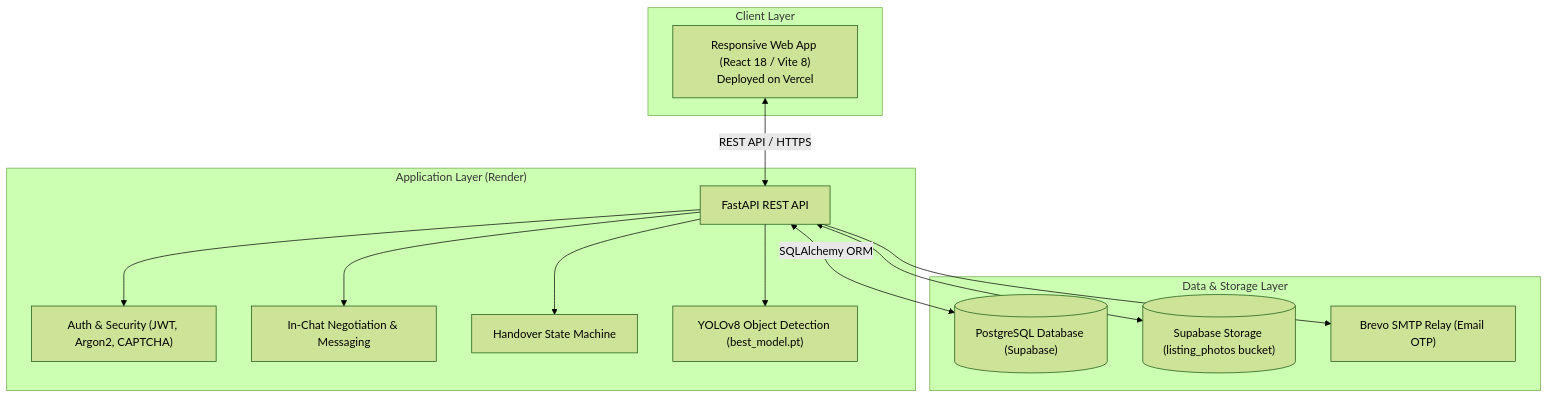
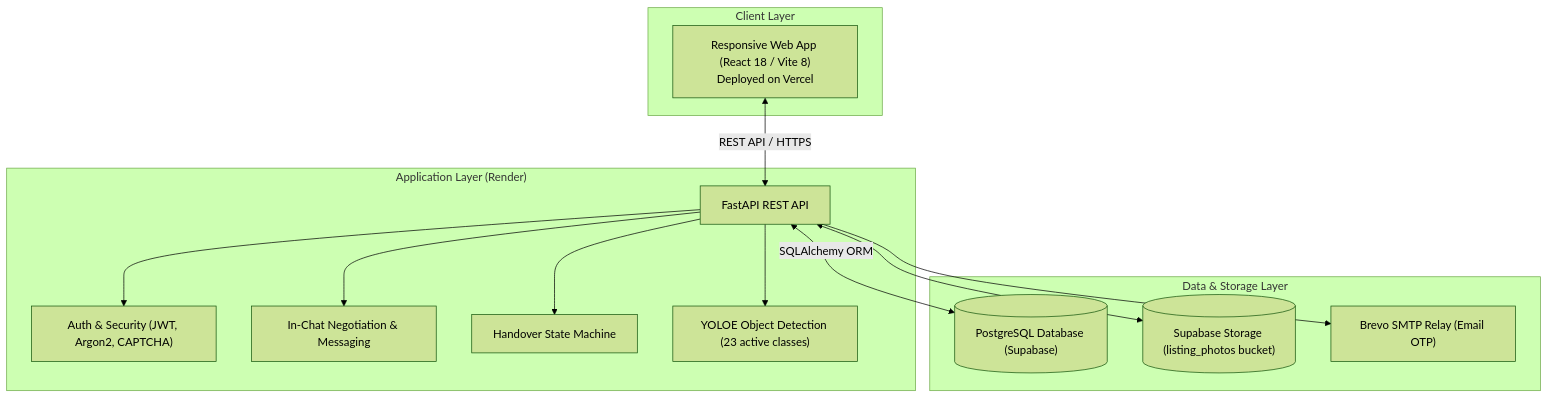
Before and after one commit to aviraj1576/NeighborLend: the diagram in README.md, drawn with Mermaid (forest theme). The commit also changed other lines of this file and 10 other files, not shown here.

Commit message:
fix(ai): connect uploads to the 23-class YOLOE model

````diff
--- a/README.md
+++ b/README.md
@@ -86,29 +86,29 @@
 ```mermaid
 flowchart TD
     subgraph Client ["Client Layer"]
         Web["Responsive Web App (React 18 / Vite 8)<br>Deployed on Vercel"]
     end
 
     subgraph Backend ["Application Layer (Render)"]
         API["FastAPI REST API"]
         Auth["Auth & Security (JWT, Argon2, CAPTCHA)"]
         Chat["In-Chat Negotiation & Messaging"]
         Handover["Handover State Machine"]
-        YOLO["YOLOv8 Object Detection (best_model.pt)"]
+        YOLO["YOLOE Object Detection (23 active classes)"]
     end
 
     subgraph Data ["Data & Storage Layer"]
         DB[("PostgreSQL Database (Supabase)")]
         Storage[("Supabase Storage (listing_photos bucket)")]
         SMTP["Brevo SMTP Relay (Email OTP)"]
     end
 
     Web <-->|REST API / HTTPS| API
     API --> Auth
     API --> Chat
     API --> Handover
     API --> YOLO
     API <-->|SQLAlchemy ORM| DB
     API <--> Storage
     API --> SMTP
 ```
````
